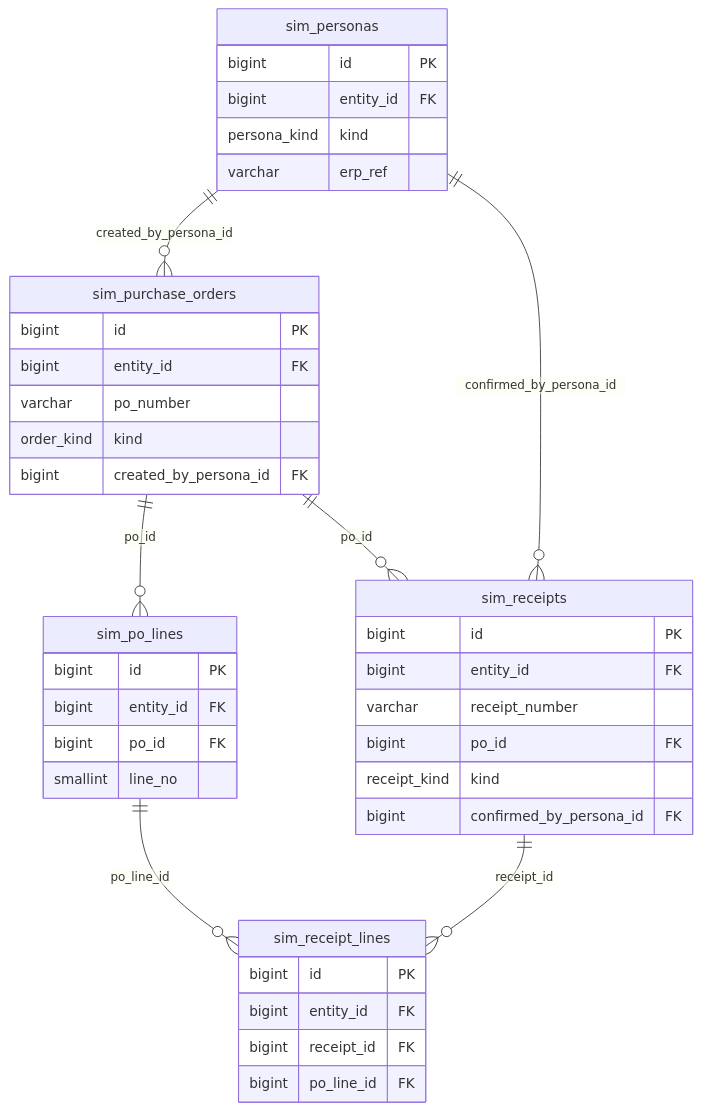
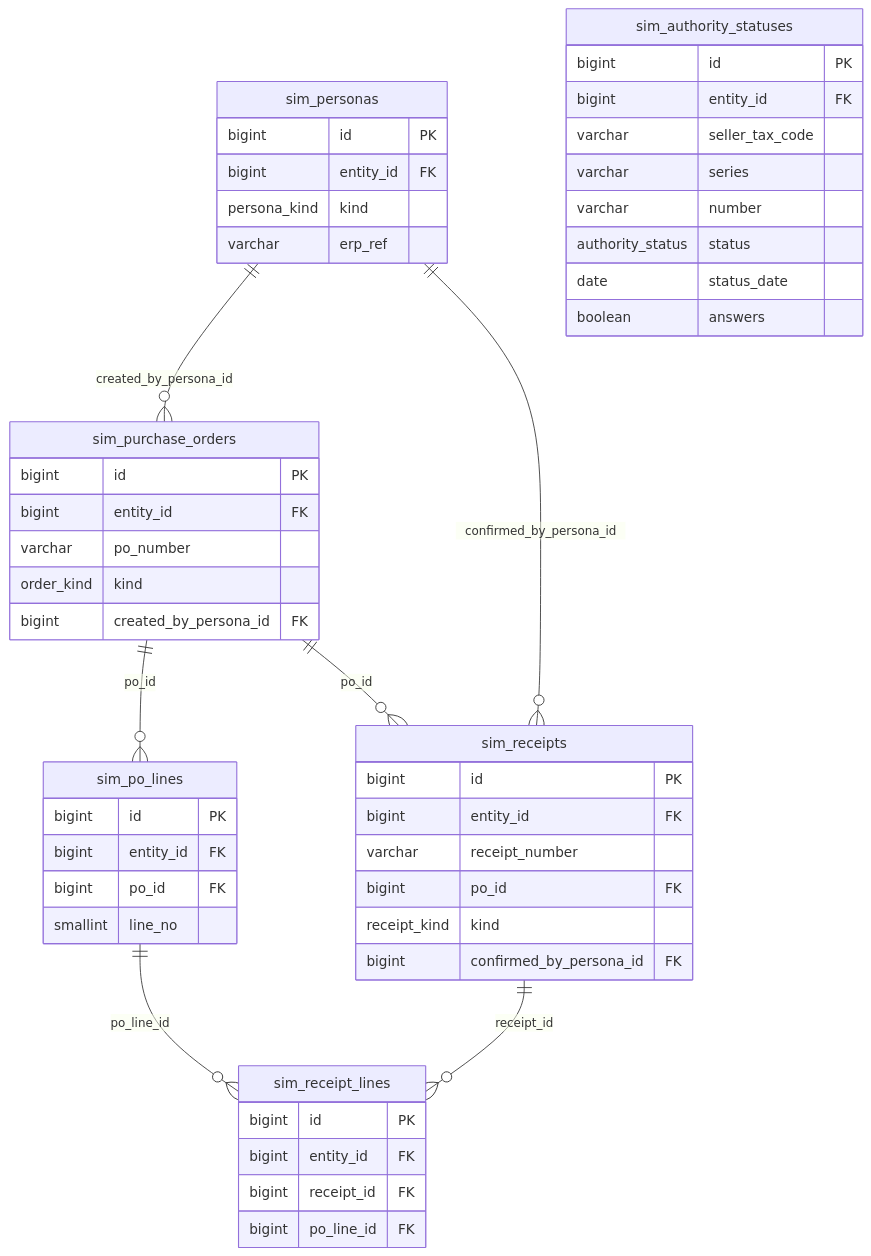
Before and after one commit to minhtuann1102/MatchPay: the fifth of 14 diagrams in docs/05-database/02-er-diagram.md, drawn with Mermaid. The commit also changed other lines of this file and 9 other files, not shown here.

Commit message:
docs: sync Step 5 database to the feature mind map (draft for review)

````diff
--- a/docs/05-database/02-er-diagram.md
+++ b/docs/05-database/02-er-diagram.md
@@ -430,47 +460,58 @@
 ```mermaid
 erDiagram
   sim_personas {
     bigint id PK
     bigint entity_id FK
     persona_kind kind
     varchar erp_ref
   }
 
   sim_purchase_orders {
     bigint id PK
     bigint entity_id FK
     varchar po_number
     order_kind kind
     bigint created_by_persona_id FK
   }
 
   sim_po_lines {
     bigint id PK
     bigint entity_id FK
     bigint po_id FK
     smallint line_no
   }
 
   sim_receipts {
     bigint id PK
     bigint entity_id FK
     varchar receipt_number
     bigint po_id FK
     receipt_kind kind
     bigint confirmed_by_persona_id FK
   }
 
   sim_receipt_lines {
     bigint id PK
     bigint entity_id FK
     bigint receipt_id FK
     bigint po_line_id FK
   }
 
+  sim_authority_statuses {
+    bigint id PK
+    bigint entity_id FK
+    varchar seller_tax_code
+    varchar series
+    varchar number
+    authority_status status
+    date status_date
+    boolean answers
+  }
+
   sim_personas ||--o{ sim_purchase_orders : created_by_persona_id
   sim_purchase_orders ||--o{ sim_po_lines : po_id
   sim_purchase_orders ||--o{ sim_receipts : po_id
   sim_personas ||--o{ sim_receipts : confirmed_by_persona_id
   sim_receipts ||--o{ sim_receipt_lines : receipt_id
   sim_po_lines ||--o{ sim_receipt_lines : po_line_id
 ```
````
